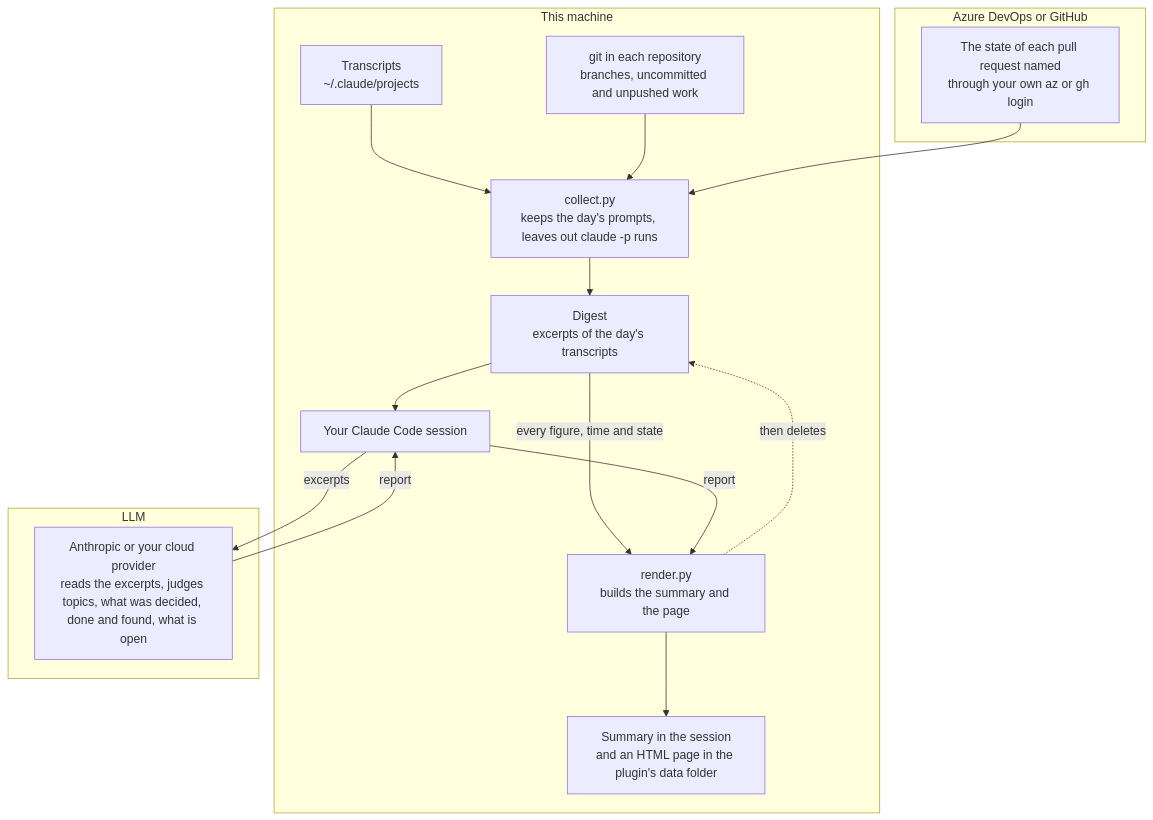
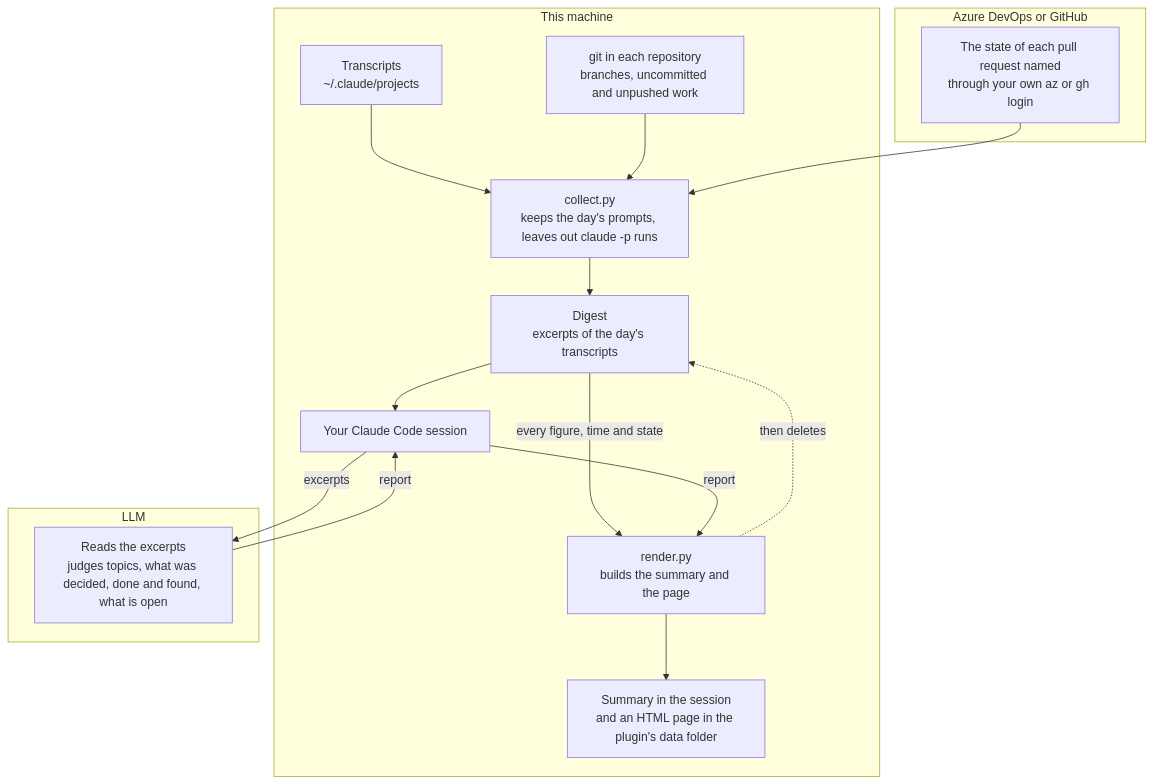
One commit to softwareone-platform/tundra changed the diagram in plugins/remind-me/README.md. Above: the diagram before and after it, drawn with Mermaid. The commit also changed 2 other files, not shown here.

Commit message:
drop the provider name from remind-me's diagram

````diff
--- a/plugins/remind-me/README.md
+++ b/plugins/remind-me/README.md
@@ -40,22 +40,22 @@
 ```mermaid
 flowchart TB
     subgraph machine["This machine"]
         transcripts["Transcripts<br>~/.claude/projects"] --> collect
         git["git in each repository<br>branches, uncommitted and unpushed work"] --> collect
         collect["collect.py<br>keeps the day's prompts, leaves out claude -p runs"] --> digest["Digest<br>excerpts of the day's transcripts"]
         digest --> session["Your Claude Code session"]
         digest -- every figure, time and state --> render["render.py<br>builds the summary and the page"]
         session -- report --> render
         render --> page["Summary in the session<br>and an HTML page in the plugin's data folder"]
         render -. then deletes .-> digest
     end
     subgraph provider["LLM"]
-        model["Anthropic or your cloud provider<br>reads the excerpts, judges topics, what was decided, done and found, what is open"]
+        model["Reads the excerpts<br>judges topics, what was decided, done and found, what is open"]
     end
     subgraph host["Azure DevOps or GitHub"]
         remote["The state of each pull request named<br>through your own az or gh login"]
     end
     session -- excerpts --> model
     model -- report --> session
     remote --> collect
 ```
````
